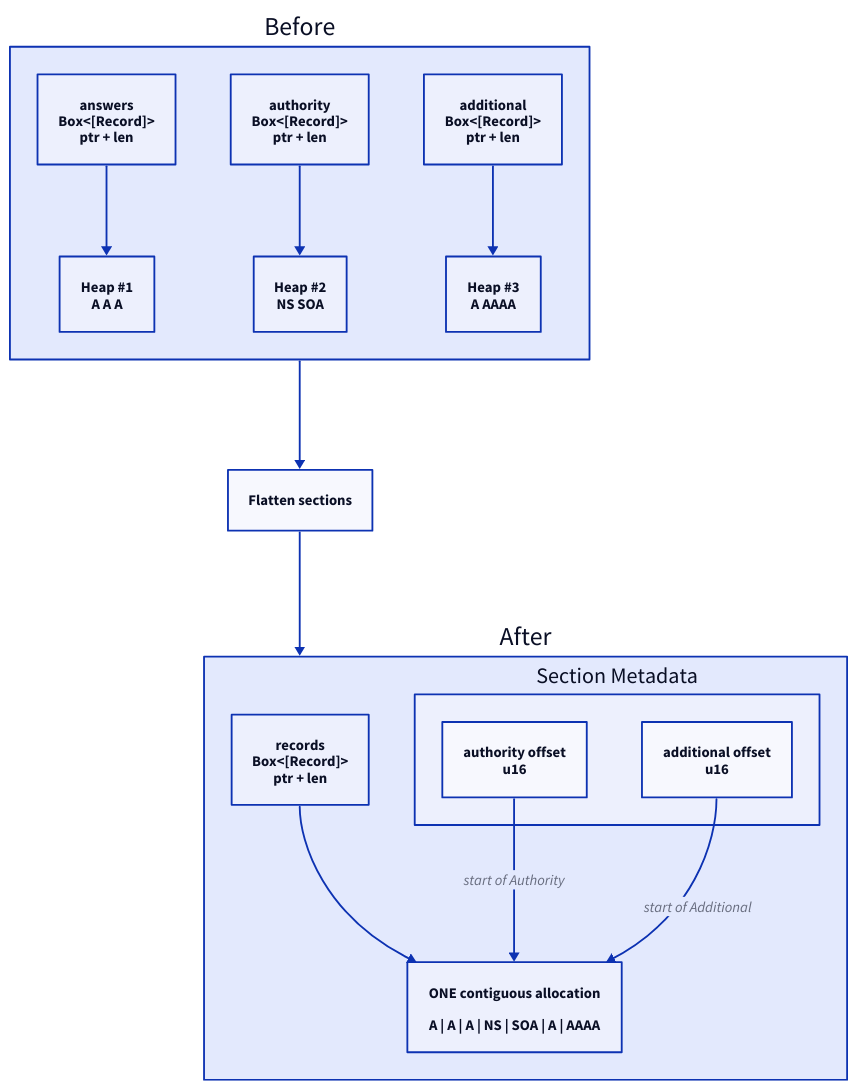
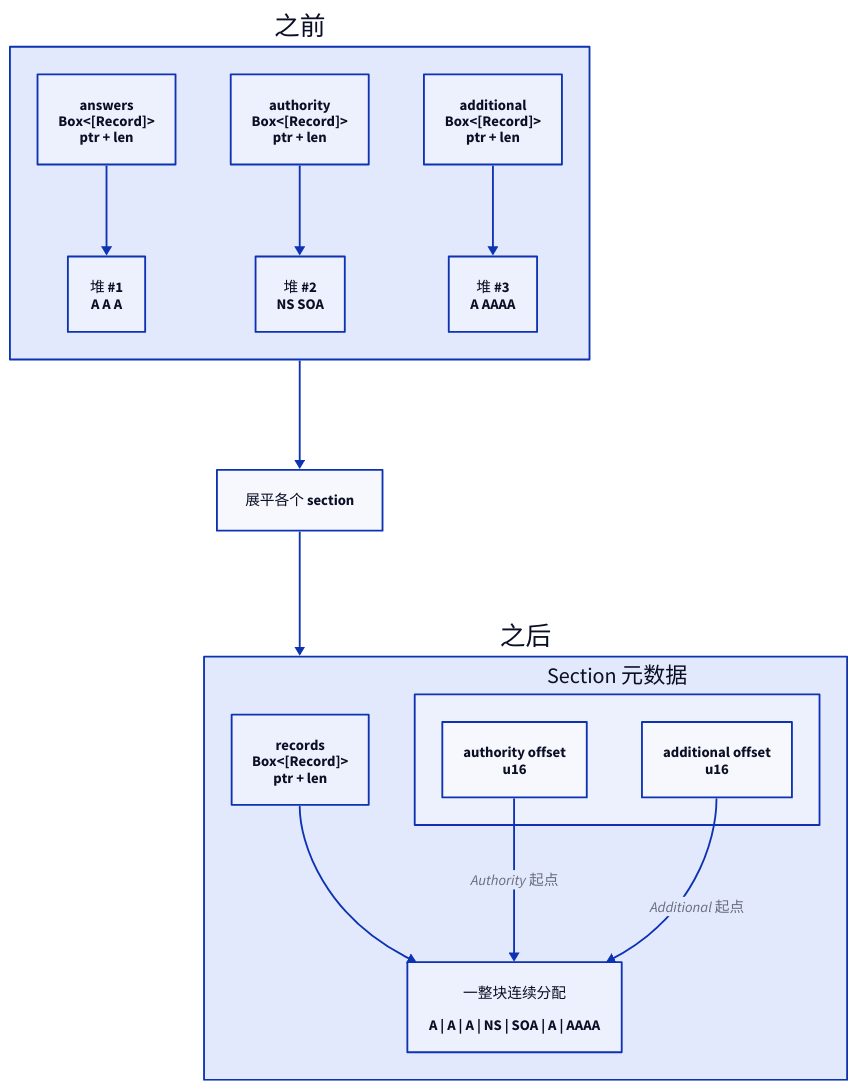
The fourth of 11 diagrams in content/posts/how-cloudflare-1111-saved-100-tb-of-memory-by-refactoring-dns-cache-memory-layout-by-chatgpt-mh23d.md (Disdjj/blog), drawn with D2 before and after one commit. The commit also changed other lines of this file, not shown here.

````diff
--- a/content/posts/how-cloudflare-1111-saved-100-tb-of-memory-by-refactoring-dns-cache-memory-layout-by-chatgpt-mh23d.md
+++ b/content/posts/how-cloudflare-1111-saved-100-tb-of-memory-by-refactoring-dns-cache-memory-layout-by-chatgpt-mh23d.md
@@ -493,39 +491,39 @@
 ```d2
 direction: down
 
-before: "Before" {
+before: "之前" {
   direction: right
 
   answer: "answers\nBox<[Record]>\nptr + len"
   authority: "authority\nBox<[Record]>\nptr + len"
   additional: "additional\nBox<[Record]>\nptr + len"
 
-  heap1: "Heap #1\nA A A"
-  heap2: "Heap #2\nNS SOA"
-  heap3: "Heap #3\nA AAAA"
+  heap1: "堆 #1\nA A A"
+  heap2: "堆 #2\nNS SOA"
+  heap3: "堆 #3\nA AAAA"
 
   answer -> heap1
   authority -> heap2
   additional -> heap3
 }
 
-transform: "Flatten sections"
+transform: "展平各个 section"
 
-after: "After" {
+after: "之后" {
   records: "records\nBox<[Record]>\nptr + len"
 
-  offsets: "Section Metadata" {
+  offsets: "Section 元数据" {
     authority_offset: "authority offset\nu16"
     additional_offset: "additional offset\nu16"
   }
 
-  heap: "ONE contiguous allocation\n\nA | A | A | NS | SOA | A | AAAA"
+  heap: "一整块连续分配\n\nA | A | A | NS | SOA | A | AAAA"
 
   records -> heap
 
-  offsets.authority_offset -> heap: "start of Authority"
-  offsets.additional_offset -> heap: "start of Additional"
+  offsets.authority_offset -> heap: "Authority 起点"
+  offsets.additional_offset -> heap: "Additional 起点"
 }
 
 before -> transform -> after
 ```
````
